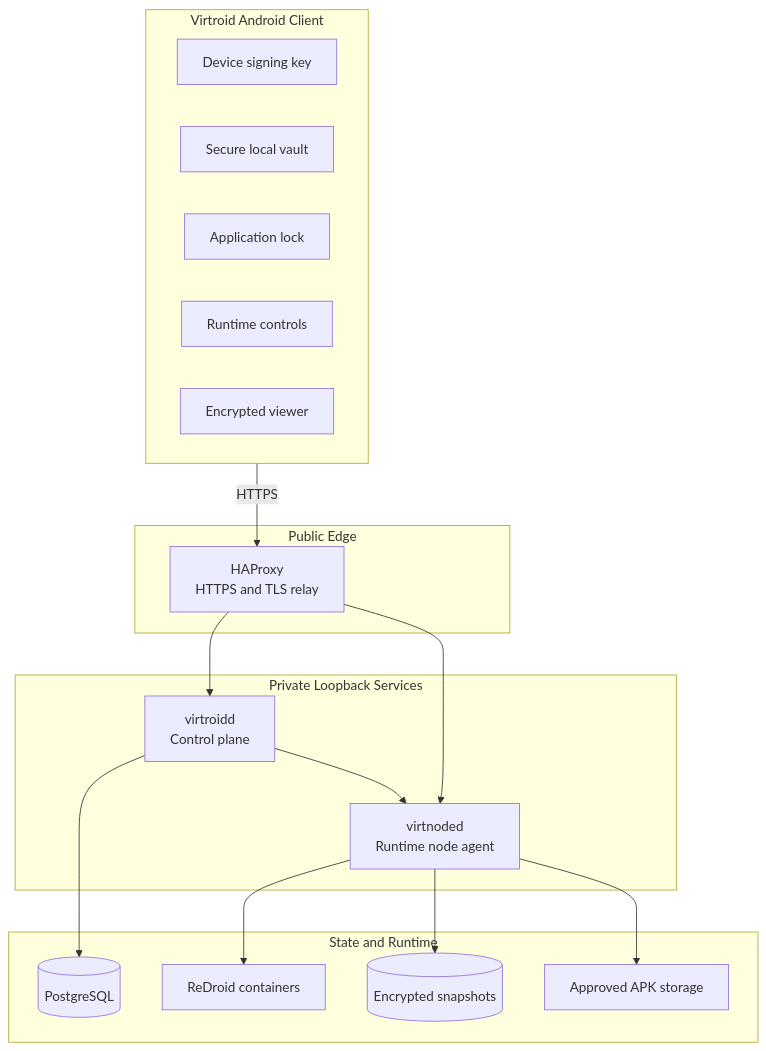
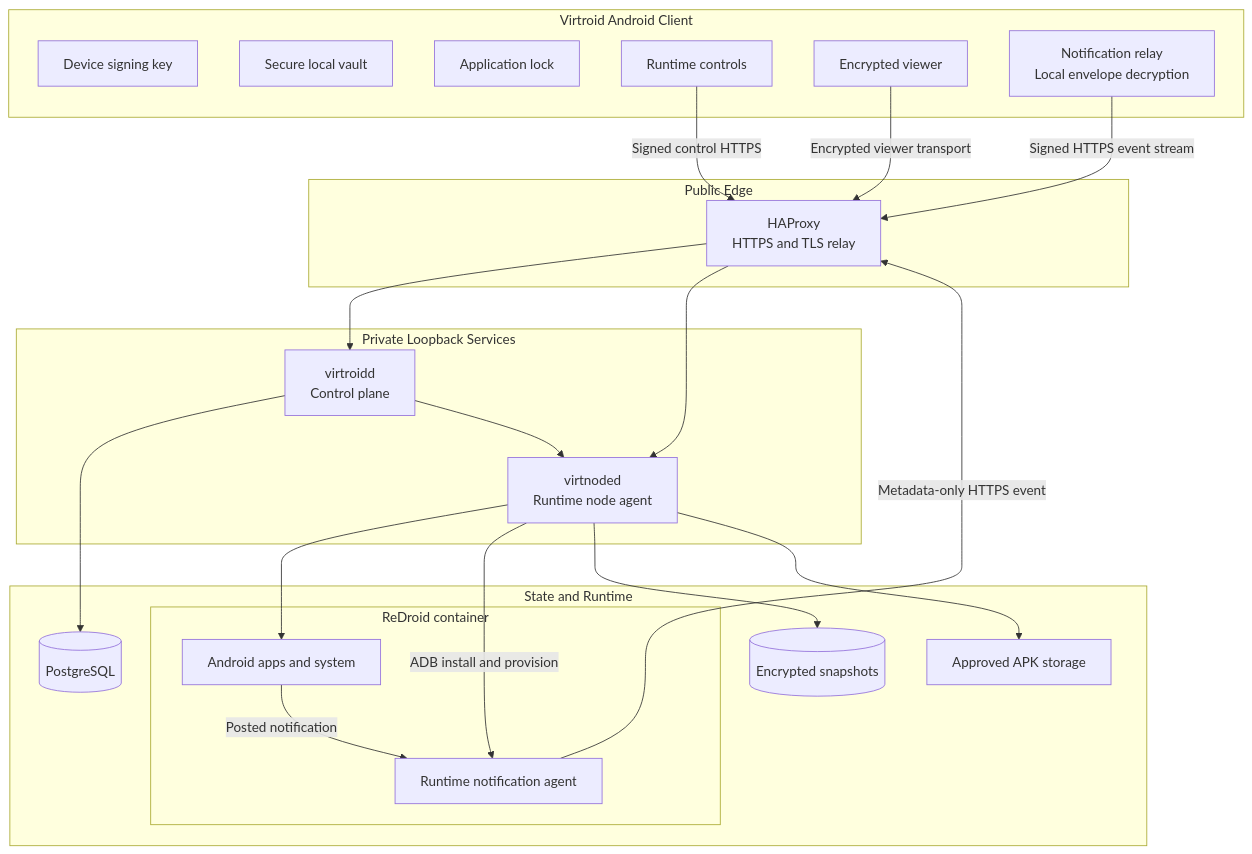
Before and after one commit to mattyperrott/Virtroid: the second of 2 diagrams in README.md, drawn with Mermaid. The commit also changed other lines of this file and 38 other files, not shown here.

````diff
--- a/README.md
+++ b/README.md
@@ -268,35 +270,44 @@
 ```mermaid
 flowchart TB
     subgraph Client["Virtroid Android Client"]
         CK[Device signing key]
         CV[Secure local vault]
         CL[Application lock]
         CR[Runtime controls]
         CW[Encrypted viewer]
+        CN[Notification relay<br/>Local envelope decryption]
     end
 
     subgraph Edge["Public Edge"]
         HP[HAProxy<br/>HTTPS and TLS relay]
     end
 
     subgraph Services["Private Loopback Services"]
         CP[virtroidd<br/>Control plane]
         NA[virtnoded<br/>Runtime node agent]
     end
 
     subgraph Data["State and Runtime"]
         PG[(PostgreSQL)]
-        RD[ReDroid containers]
+        subgraph Guest["ReDroid container"]
+            RD[Android apps and system]
+            RA[Runtime notification agent]
+            RD -->|Posted notification| RA
+        end
         SS[(Encrypted snapshots)]
         APK[Approved APK storage]
     end
 
-    Client -->|HTTPS| HP
+    CR -->|Signed control HTTPS| HP
+    CW -->|Encrypted viewer transport| HP
+    CN -->|Signed HTTPS event stream| HP
     HP --> CP
     HP --> NA
     CP --> PG
     CP --> NA
     NA --> RD
+    NA -->|ADB install and provision| RA
+    RA -->|Metadata-only HTTPS event| HP
     NA --> SS
     NA --> APK
 ```
````
